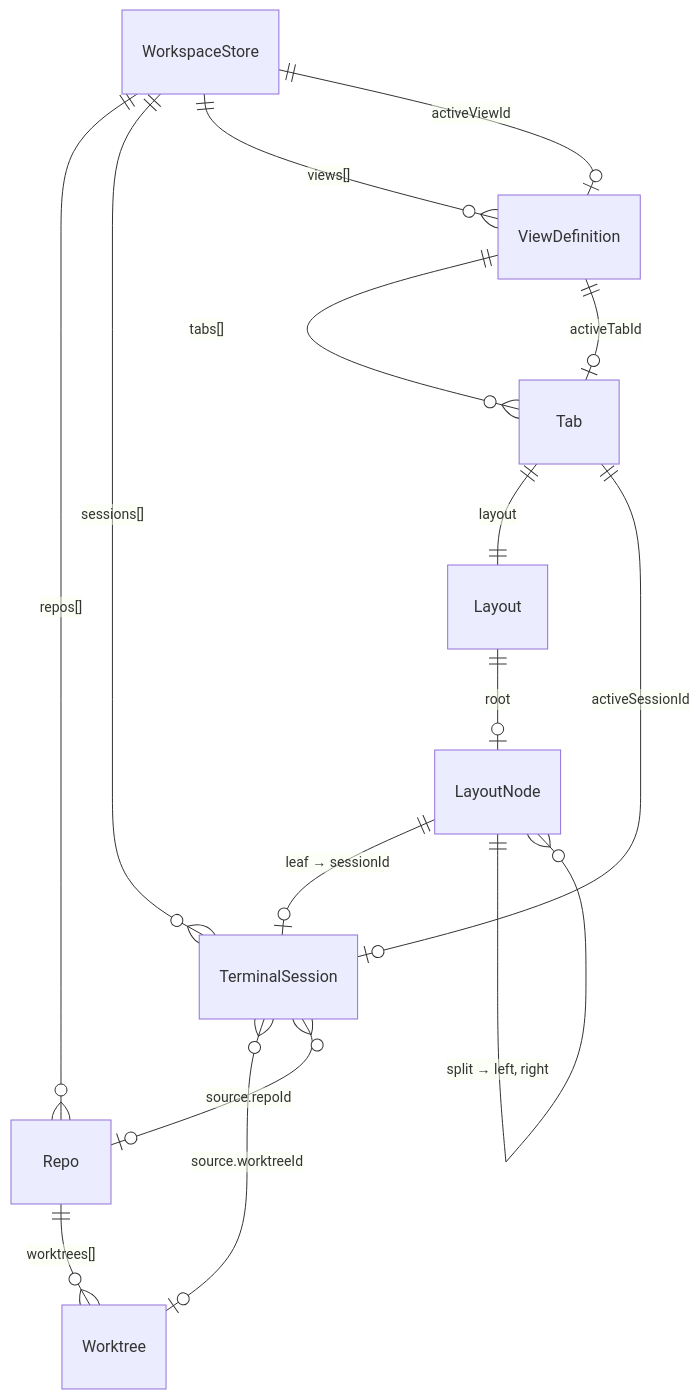
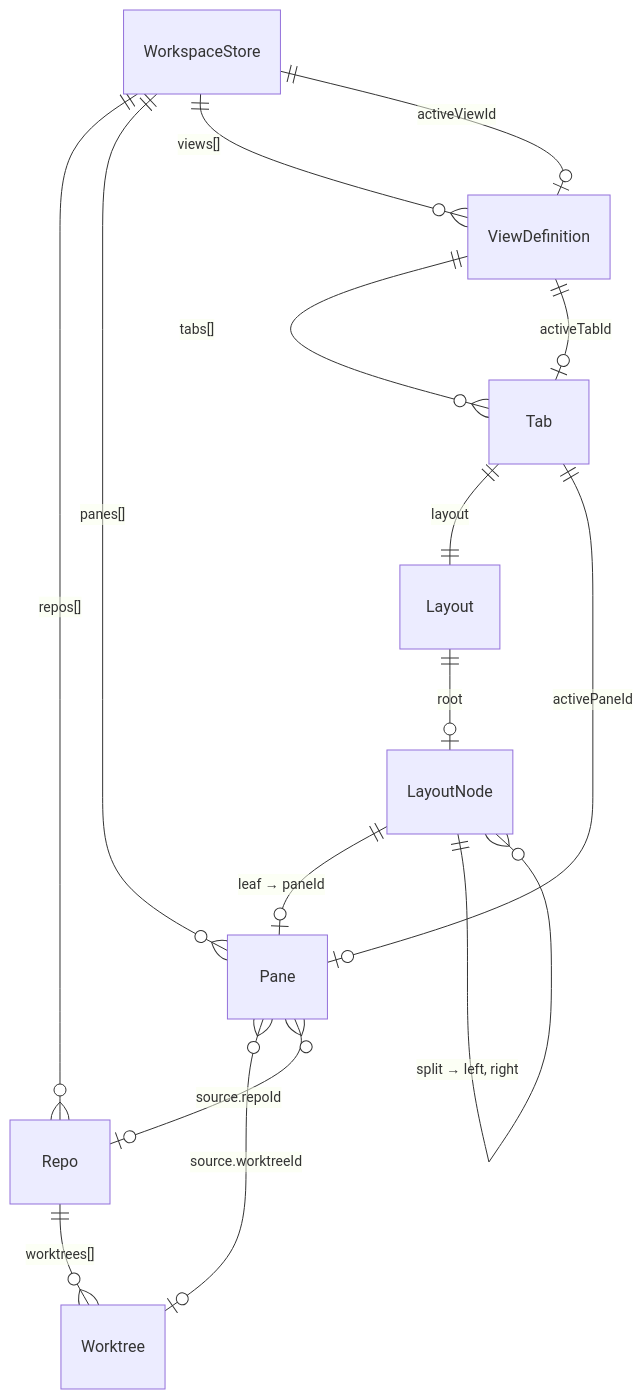
Before and after one commit to ShravanSunder/agentstudio: the first of 3 diagrams in docs/architecture/component_architecture.md, drawn with Mermaid. The commit also changed other lines of this file and 7 other files, not shown here.

````diff
--- a/docs/architecture/component_architecture.md
+++ b/docs/architecture/component_architecture.md
@@ -62,22 +62,22 @@
 ```mermaid
 erDiagram
     WorkspaceStore ||--o{ Repo : "repos[]"
-    WorkspaceStore ||--o{ TerminalSession : "sessions[]"
+    WorkspaceStore ||--o{ Pane : "panes[]"
     WorkspaceStore ||--o{ ViewDefinition : "views[]"
     WorkspaceStore ||--o| ViewDefinition : "activeViewId"
 
     Repo ||--o{ Worktree : "worktrees[]"
 
-    TerminalSession }o--o| Worktree : "source.worktreeId"
-    TerminalSession }o--o| Repo : "source.repoId"
+    Pane }o--o| Worktree : "source.worktreeId"
+    Pane }o--o| Repo : "source.repoId"
 
     ViewDefinition ||--o{ Tab : "tabs[]"
     ViewDefinition ||--o| Tab : "activeTabId"
 
     Tab ||--|| Layout : "layout"
-    Tab ||--o| TerminalSession : "activeSessionId"
+    Tab ||--o| Pane : "activePaneId"
 
     Layout ||--o| LayoutNode : "root"
-    LayoutNode ||--o| TerminalSession : "leaf → sessionId"
+    LayoutNode ||--o| Pane : "leaf → paneId"
     LayoutNode ||--o{ LayoutNode : "split → left, right"
 ```
````
